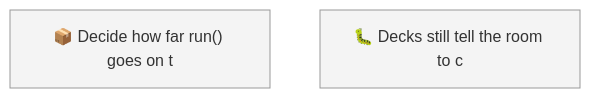
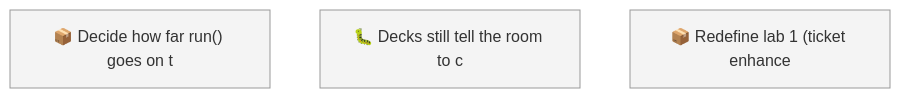
Before and after one commit to RichardHightower/reliable-agentic-lab: the first of 2 diagrams in docs/roadmap.md, drawn with Mermaid. The commit also changed other lines of this file and 28 other files, not shown here.

First line of the commit message:
Redefine lab 1 as a Claude Code plugin, not a Python fill-in exercise.

````diff
--- a/docs/roadmap.md
+++ b/docs/roadmap.md
@@ -39,7 +41,8 @@
 ```mermaid
 graph TD
     01M10N7X4TCZSZ6RCQ8348G3MG["📦 Decide how far run() goes on t"]
     01M10N87FRARZQJET5ZF6N9WY1["🐛 Decks still tell the room to c"]
+    01M10ZJAFA531AZT95CD4N95XJ["📦 Redefine lab 1 (ticket enhance"]
     classDef todo fill:#f4f4f4,stroke:#999999
-    class 01M10N7X4TCZSZ6RCQ8348G3MG,01M10N87FRARZQJET5ZF6N9WY1 todo
+    class 01M10N7X4TCZSZ6RCQ8348G3MG,01M10N87FRARZQJET5ZF6N9WY1,01M10ZJAFA531AZT95CD4N95XJ todo
 ```
````
